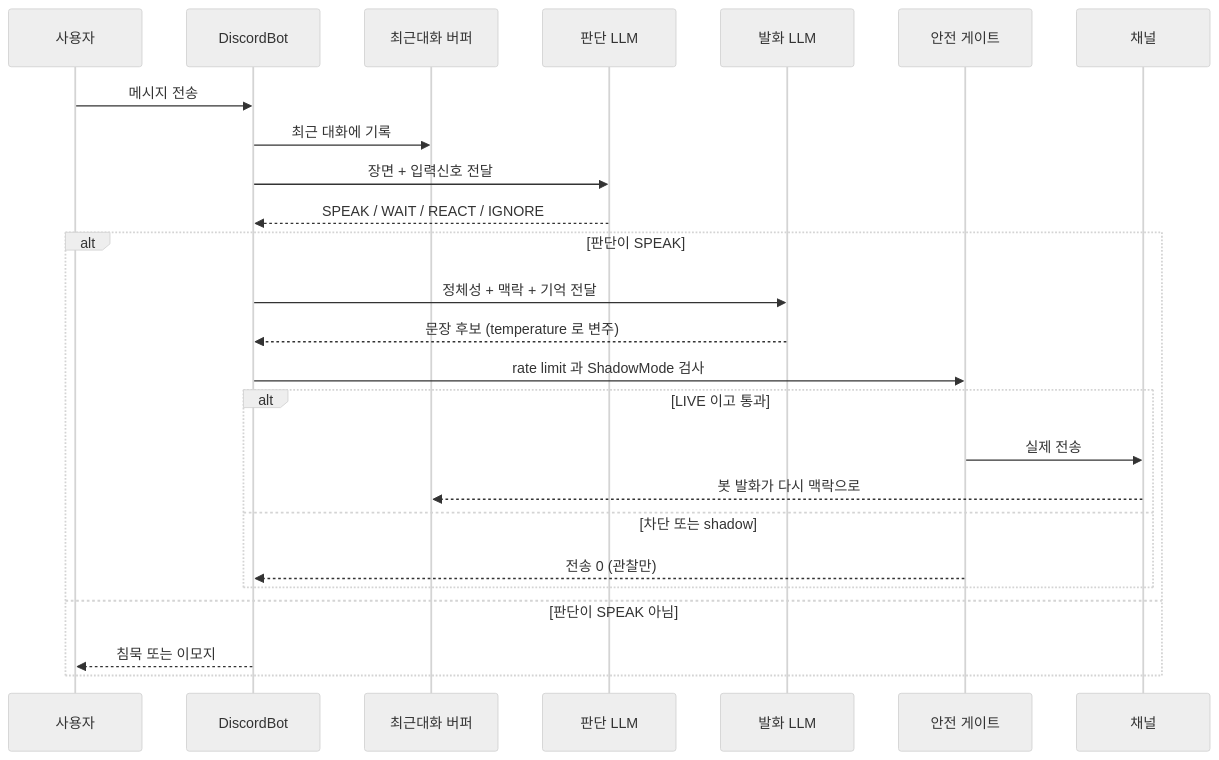
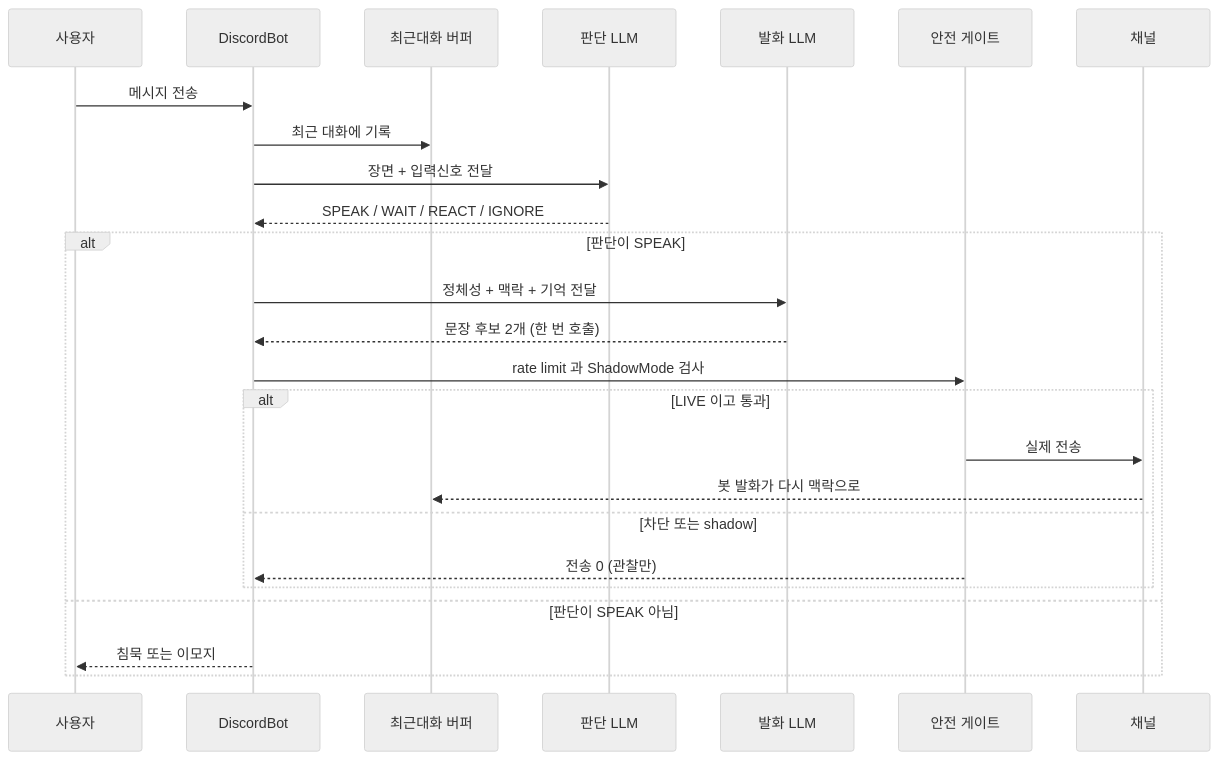
The fourth of 5 diagrams in docs/nexa/NIA_PIPELINE.md (Hyeonjun0527/discord-ai-network-bot), drawn with Mermaid (neutral theme) before and after one commit. The commit also changed other lines of this file and 1 other file, not shown here.

Commit message:
docs: align Nia speech sampling contract

````diff
--- a/docs/nexa/NIA_PIPELINE.md
+++ b/docs/nexa/NIA_PIPELINE.md
@@ -95,28 +97,28 @@
 ```mermaid
 sequenceDiagram
     participant User as 사용자
     participant Bot as DiscordBot
     participant Buf as 최근대화 버퍼
     participant Judge as 판단 LLM
     participant Speech as 발화 LLM
     participant Gate as 안전 게이트
     participant Ch as 채널
 
     User->>Bot: 메시지 전송
     Bot->>Buf: 최근 대화에 기록
     Bot->>Judge: 장면 + 입력신호 전달
     Judge-->>Bot: SPEAK / WAIT / REACT / IGNORE
     alt 판단이 SPEAK
         Bot->>Speech: 정체성 + 맥락 + 기억 전달
-        Speech-->>Bot: 문장 후보 (temperature 로 변주)
+        Speech-->>Bot: 문장 후보 2개 (한 번 호출)
         Bot->>Gate: rate limit 과 ShadowMode 검사
         alt LIVE 이고 통과
             Gate->>Ch: 실제 전송
             Ch-->>Buf: 봇 발화가 다시 맥락으로
         else 차단 또는 shadow
             Gate-->>Bot: 전송 0 (관찰만)
         end
     else 판단이 SPEAK 아님
         Bot-->>User: 침묵 또는 이모지
     end
 ```
````
